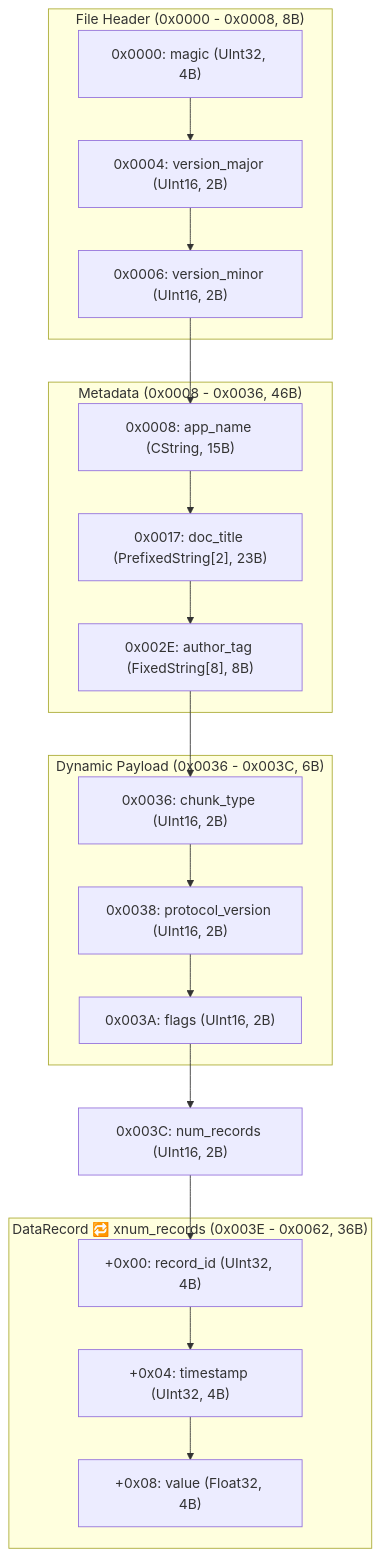
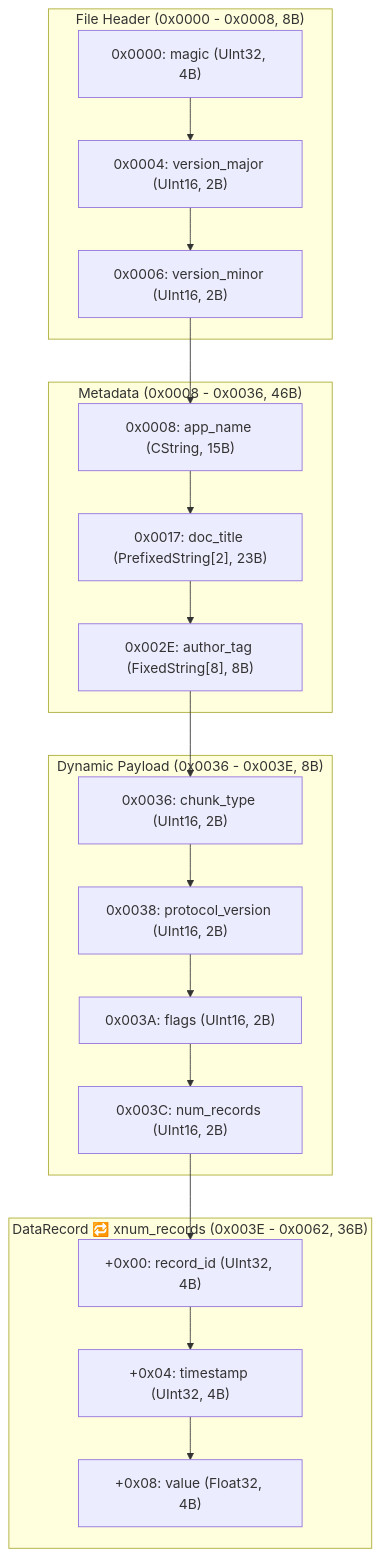
One commit to tamon-ishii/binary_master changed the diagram in sample/writer_output_spec.md. Above: the diagram before and after it, drawn with Mermaid. The commit also changed other lines of this file and 9 other files, not shown here.

````diff
--- a/sample/writer_output_spec.md
+++ b/sample/writer_output_spec.md
@@ -13,36 +13,36 @@
 ```mermaid
 flowchart TD
     subgraph SG_File_Header ["File Header (0x0000 - 0x0008, 8B)"]
         N0["0x0000: magic (UInt32, 4B)"]
         N1["0x0004: version_major (UInt16, 2B)"]
         N2["0x0006: version_minor (UInt16, 2B)"]
     end
     subgraph SG_Metadata ["Metadata (0x0008 - 0x0036, 46B)"]
         N3["0x0008: app_name (CString, 15B)"]
         N4["0x0017: doc_title (PrefixedString[2], 23B)"]
         N5["0x002E: author_tag (FixedString[8], 8B)"]
     end
-    subgraph SG_Dynamic_Payload ["Dynamic Payload (0x0036 - 0x003C, 6B)"]
+    subgraph SG_Dynamic_Payload ["Dynamic Payload (0x0036 - 0x003E, 8B)"]
         N6["0x0036: chunk_type (UInt16, 2B)"]
         N7["0x0038: protocol_version (UInt16, 2B)"]
         N8["0x003A: flags (UInt16, 2B)"]
+        N9["0x003C: num_records (UInt16, 2B)"]
     end
-    N9["0x003C: num_records (UInt16, 2B)"]
     subgraph SG_DataRecord ["DataRecord 🔁 xnum_records (0x003E - 0x0062, 36B)"]
         N10["+0x00: record_id (UInt32, 4B)"]
         N11["+0x04: timestamp (UInt32, 4B)"]
         N12["+0x08: value (Float32, 4B)"]
     end
     N0 --> N1
     N1 --> N2
     N2 --> N3
     N3 --> N4
     N4 --> N5
     N5 --> N6
     N6 --> N7
     N7 --> N8
     N8 --> N9
     N9 --> N10
     N10 --> N11
     N11 --> N12
 ```
````
